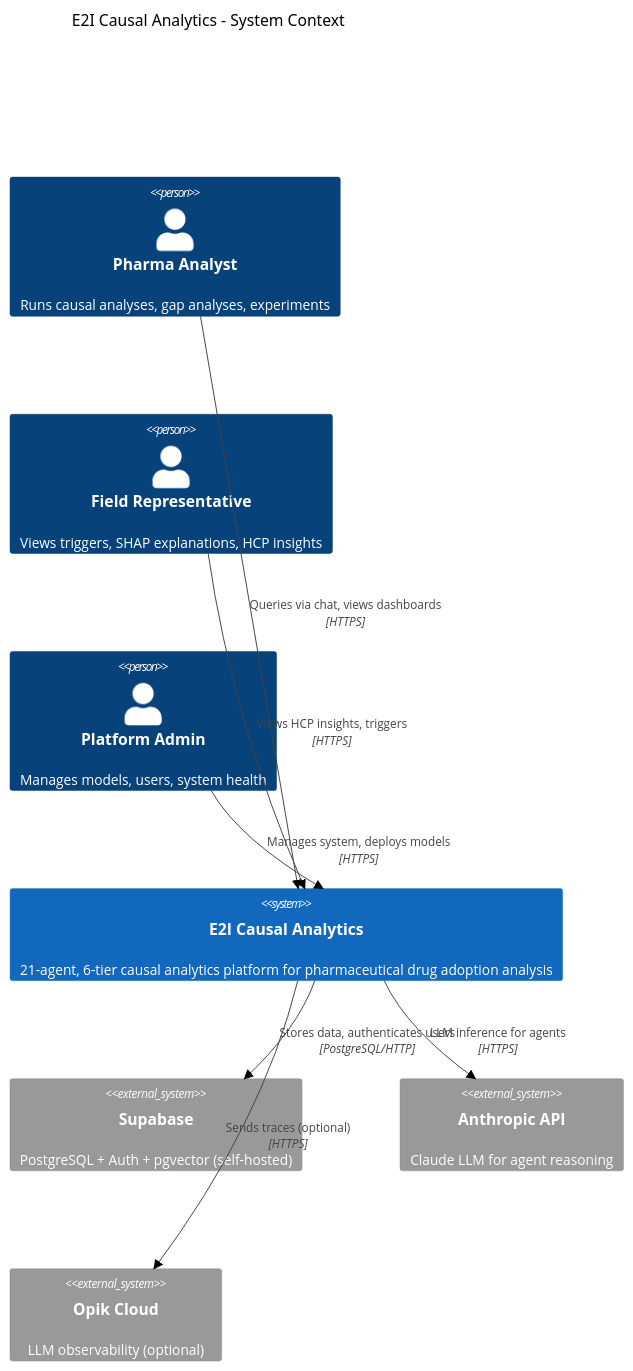
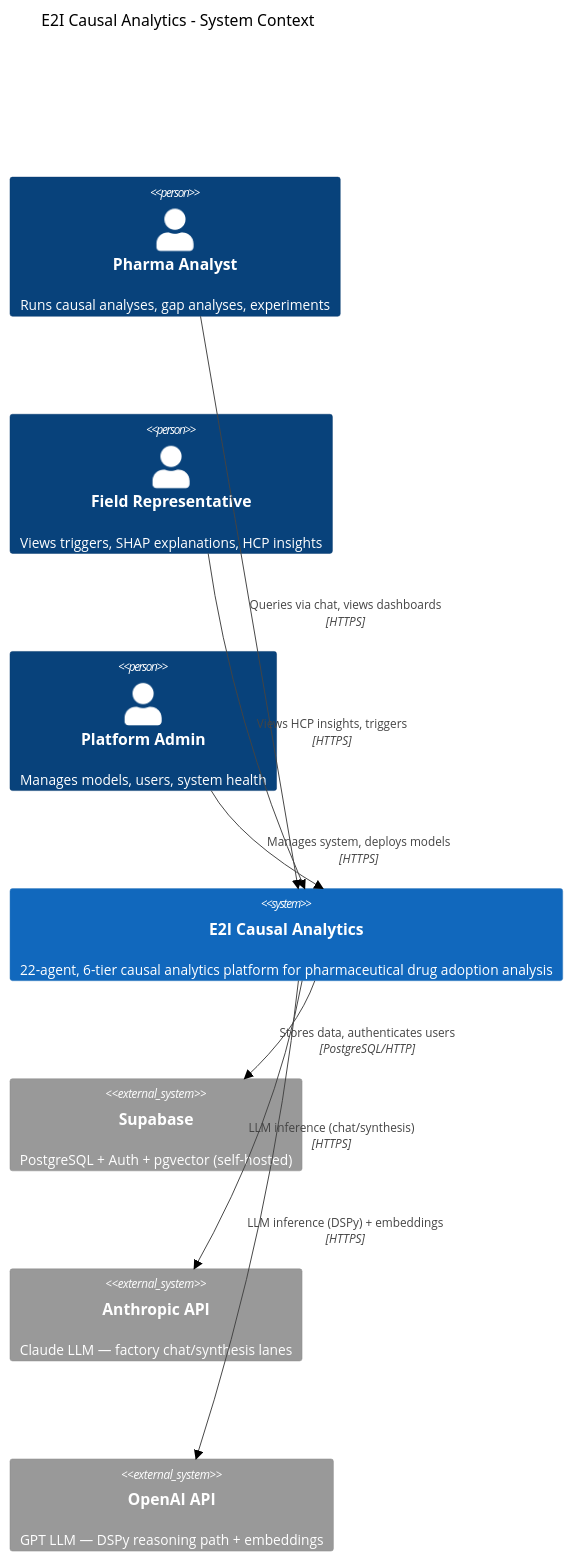
One commit to enunezvn/e2i_causal_analytics changed the first of 5 diagrams in docs/ARCHITECTURE.md. Above: the diagram before and after it, drawn with Mermaid (neutral theme). The commit also changed other lines of this file and 8 other files, not shown here.

First line of the commit message:
docs: audit wave 3 — ARCHITECTURE/ONBOARDING truthing, ADR series, CHANGELOG

````diff
--- a/docs/ARCHITECTURE.md
+++ b/docs/ARCHITECTURE.md
@@ -25,21 +25,21 @@
 ```mermaid
 C4Context
     title E2I Causal Analytics - System Context
 
     Person(pharma_analyst, "Pharma Analyst", "Runs causal analyses, gap analyses, experiments")
     Person(field_rep, "Field Representative", "Views triggers, SHAP explanations, HCP insights")
     Person(admin, "Platform Admin", "Manages models, users, system health")
 
-    System(e2i, "E2I Causal Analytics", "21-agent, 6-tier causal analytics platform for pharmaceutical drug adoption analysis")
+    System(e2i, "E2I Causal Analytics", "22-agent, 6-tier causal analytics platform for pharmaceutical drug adoption analysis")
 
     System_Ext(supabase, "Supabase", "PostgreSQL + Auth + pgvector (self-hosted)")
-    System_Ext(anthropic, "Anthropic API", "Claude LLM for agent reasoning")
-    System_Ext(opik_ext, "Opik Cloud", "LLM observability (optional)")
+    System_Ext(anthropic, "Anthropic API", "Claude LLM — factory chat/synthesis lanes")
+    System_Ext(openai, "OpenAI API", "GPT LLM — DSPy reasoning path + embeddings")
 
     Rel(pharma_analyst, e2i, "Queries via chat, views dashboards", "HTTPS")
     Rel(field_rep, e2i, "Views HCP insights, triggers", "HTTPS")
     Rel(admin, e2i, "Manages system, deploys models", "HTTPS")
     Rel(e2i, supabase, "Stores data, authenticates users", "PostgreSQL/HTTP")
-    Rel(e2i, anthropic, "LLM inference for agents", "HTTPS")
-    Rel(e2i, opik_ext, "Sends traces (optional)", "HTTPS")
+    Rel(e2i, anthropic, "LLM inference (chat/synthesis)", "HTTPS")
+    Rel(e2i, openai, "LLM inference (DSPy) + embeddings", "HTTPS")
 ```
````
